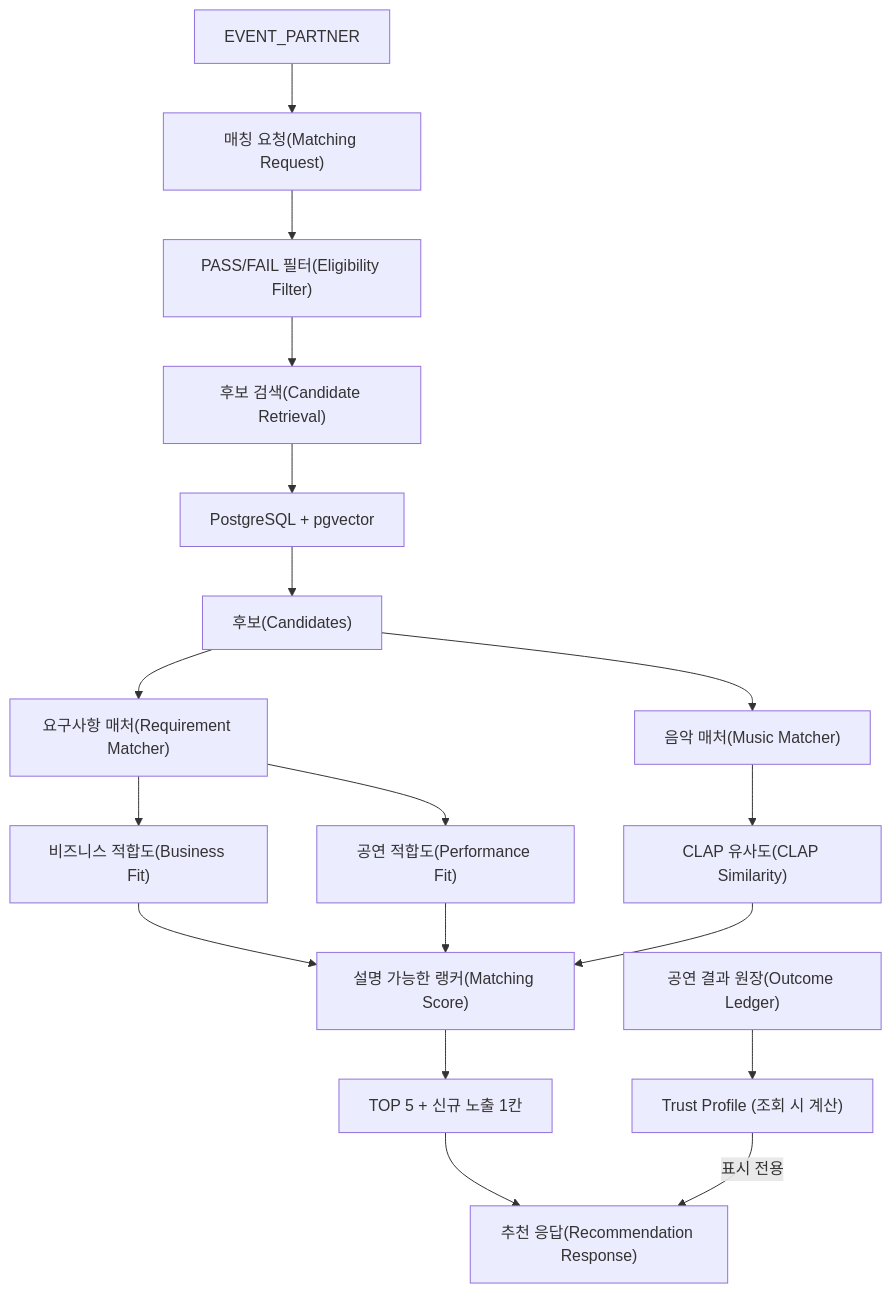
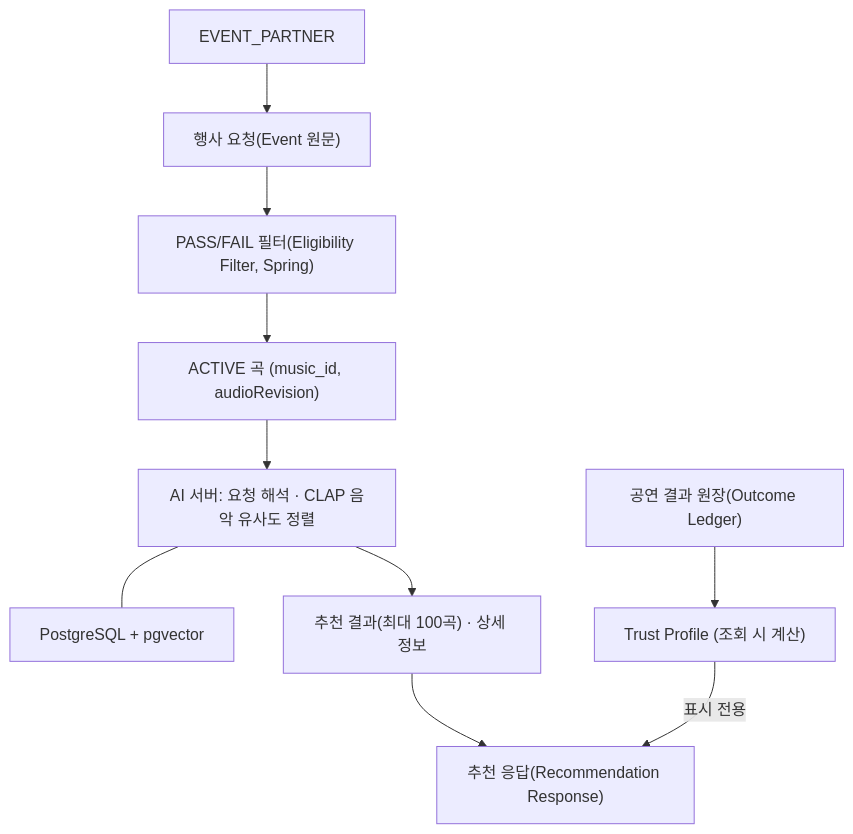
One commit to nsuCapstoneTeam/NSU_CAPSTONE changed the ninth of 10 diagrams in docs/adr/artist_trust_architecture/01_artist_trust_architecture.md. Above: the diagram before and after it, drawn with Mermaid. The commit also changed other lines of this file and 13 other files, not shown here.

Commit message:
docs: CLAP 음악 유사도 추천 API 계약과 신뢰 ADR 개정 (#127)

````diff
--- a/docs/adr/artist_trust_architecture/01_artist_trust_architecture.md
+++ b/docs/adr/artist_trust_architecture/01_artist_trust_architecture.md
@@ -826,34 +825,22 @@
 ```mermaid
 flowchart TD
 
     Partner["EVENT_PARTNER"]
 
-    Partner --> Request["매칭 요청(Matching Request)"]
+    Partner --> Request["행사 요청(Event 원문)"]
 
-    Request --> Eligibility["PASS/FAIL 필터(Eligibility Filter)"]
+    Request --> Eligibility["PASS/FAIL 필터(Eligibility Filter, Spring)"]
 
-    Eligibility --> Retrieval["후보 검색(Candidate Retrieval)"]
+    Eligibility --> Pairs["ACTIVE 곡 (music_id, audioRevision)"]
 
-    Retrieval --> DB["PostgreSQL + pgvector"]
+    Pairs --> AI["AI 서버: 요청 해석 · CLAP 음악 유사도 정렬"]
 
-    DB --> Candidates["후보(Candidates)"]
+    AI --- DB["PostgreSQL + pgvector"]
 
-    Candidates --> Requirement["요구사항 매처(Requirement Matcher)"]
-    Candidates --> Music["음악 매처(Music Matcher)"]
-
-    Requirement --> Business["비즈니스 적합도(Business Fit)"]
-    Requirement --> Performance["공연 적합도(Performance Fit)"]
-
-    Music --> CLAP["CLAP 유사도(CLAP Similarity)"]
-
-    Business --> Ranker["설명 가능한 랭커(Matching Score)"]
-    Performance --> Ranker
-    CLAP --> Ranker
-
-    Ranker --> Top5["TOP 5 + 신규 노출 1칸"]
+    AI --> Result["추천 결과(최대 100곡) · 상세 정보"]
 
     Ledger["공연 결과 원장(Outcome Ledger)"] --> TrustProfile["Trust Profile (조회 시 계산)"]
 
-    Top5 --> Response["추천 응답(Recommendation Response)"]
+    Result --> Response["추천 응답(Recommendation Response)"]
     TrustProfile -->|표시 전용| Response
 ```
````
